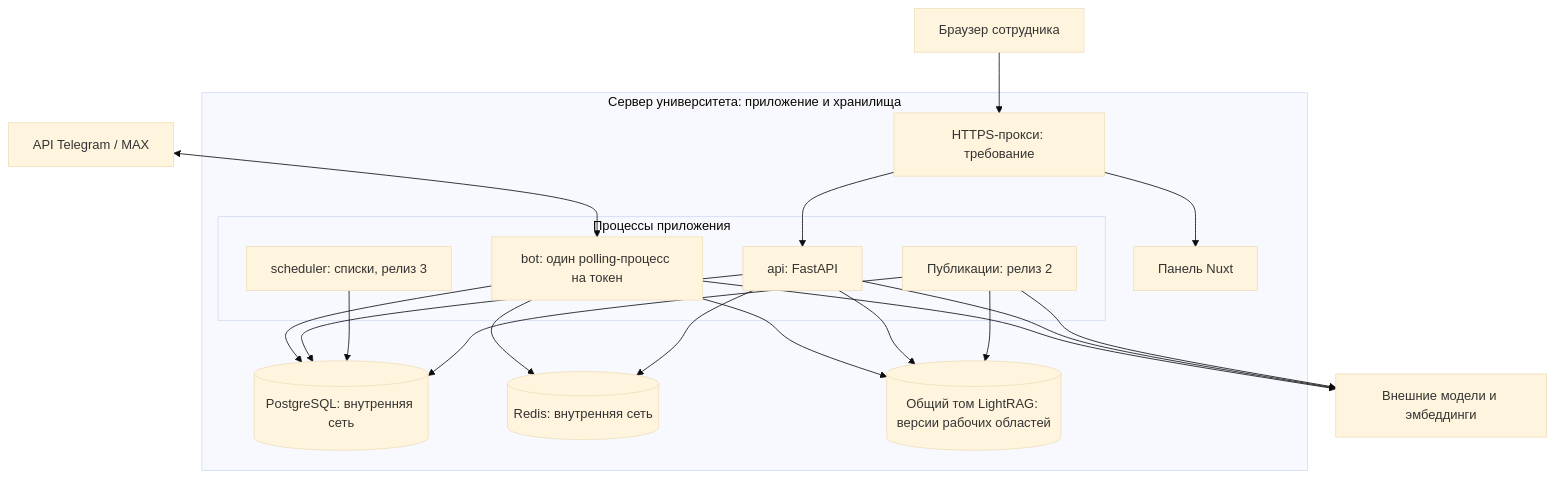
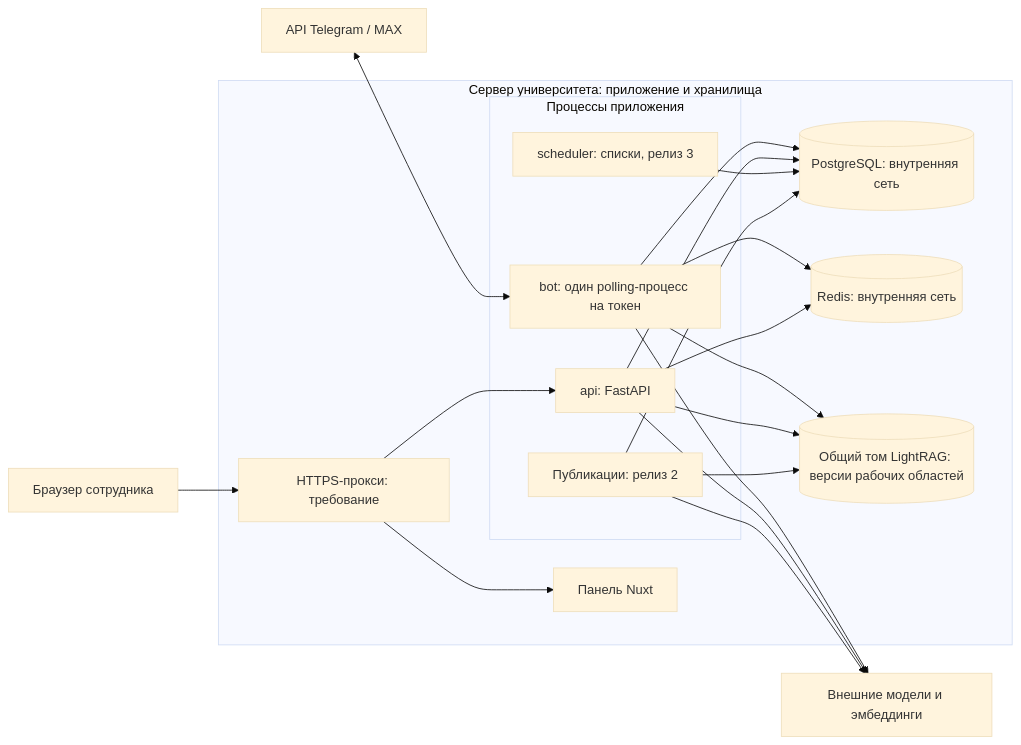
The second of 3 diagrams in docs/wiki-review/391/pages/SAD.md (nsu-abitur-bot/abitur-bot), drawn with Mermaid (base theme) before and after one commit. The commit also changed other lines of this file and 14 other files, not shown here.

Commit message:
Исправь описание обновления FAQ и проверь схемы SAD #391

````diff
--- a/docs/wiki-review/391/pages/SAD.md
+++ b/docs/wiki-review/391/pages/SAD.md
@@ -316,32 +320,32 @@
 ```mermaid
-flowchart TB
+flowchart LR
     Messengers["API Telegram / MAX"] <--> Bot
     Staff["Браузер сотрудника"] --> HTTPS["HTTPS-прокси: требование"]
     HTTPS --> UI["Панель Nuxt"]
     HTTPS --> API
     subgraph Server["Сервер университета: приложение и хранилища"]
         HTTPS
         UI
         subgraph App["Процессы приложения"]
             Bot["bot: один polling-процесс на токен"]
             API["api: FastAPI"]
             Scheduler["scheduler: списки, релиз 3"]
             Worker["Публикации: релиз 2"]
         end
         SQL[("PostgreSQL: внутренняя сеть")]
         Redis[("Redis: внутренняя сеть")]
         Volume[("Общий том LightRAG: версии рабочих областей")]
         Bot --> SQL
         API --> SQL
         Scheduler --> SQL
         Worker --> SQL
         Bot --> Redis
         API --> Redis
         Bot --> Volume
         API --> Volume
         Worker --> Volume
     end
     Bot --> Providers["Внешние модели и эмбеддинги"]
     API --> Providers
     Worker --> Providers
 ```
````
